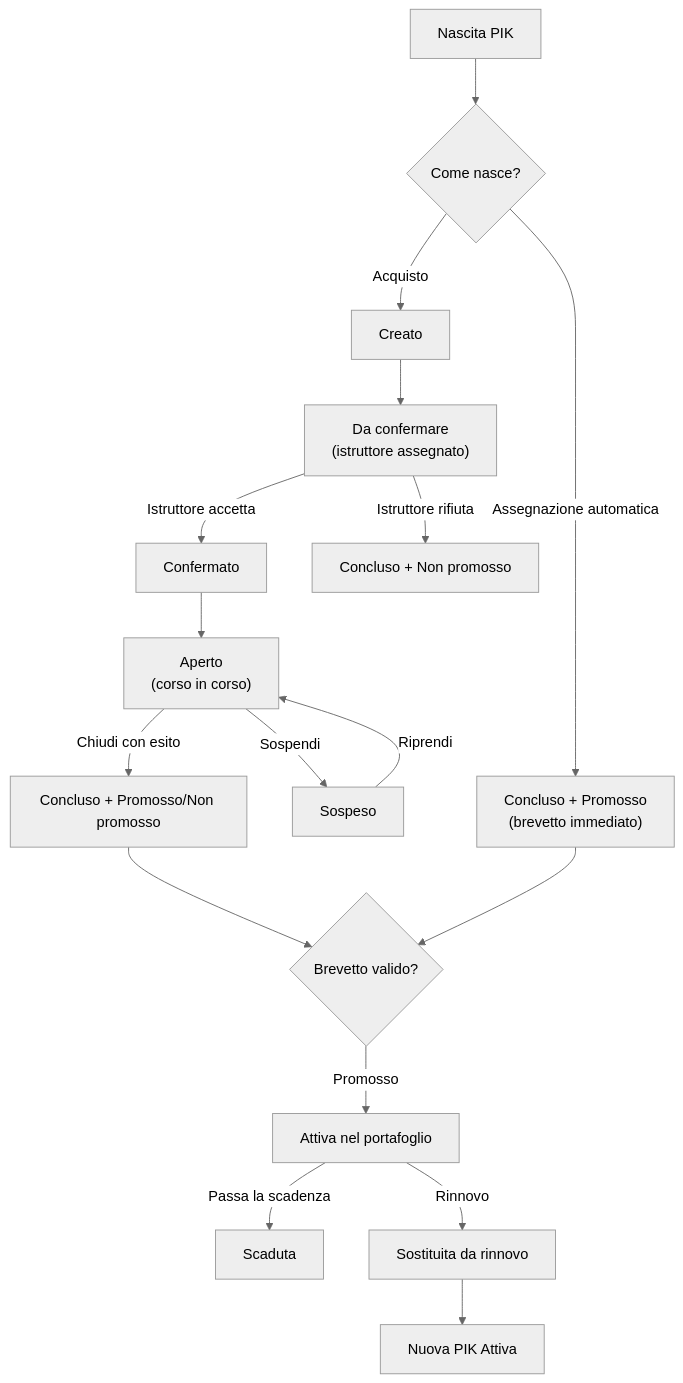
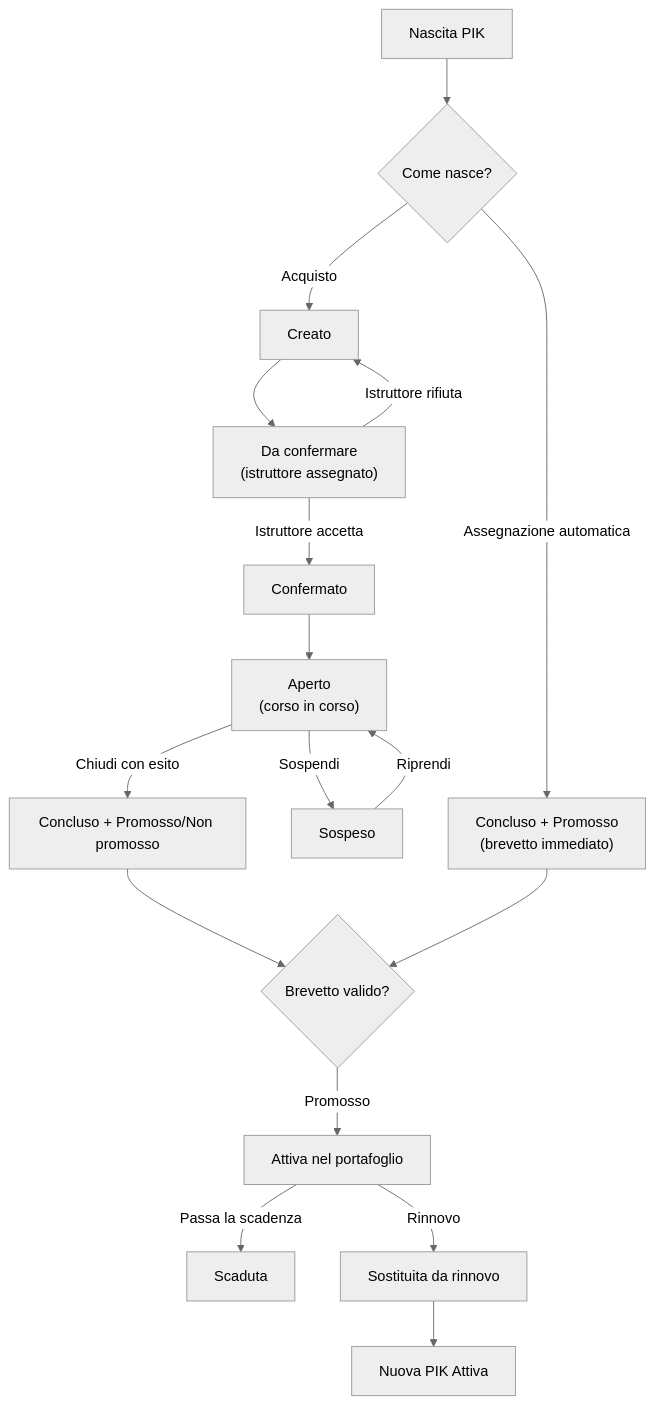
Before and after one commit to madara-agency/utrtek-docs: the first of 2 diagrams in concetti/ciclo-di-vita-pik.mdx, drawn with Mermaid (neutral theme). The commit also changed other lines of this file and 2 other files, not shown here.

First line of the commit message:
docs(pik): documenta acquisto sito con istruttore e centro

````diff
--- a/concetti/ciclo-di-vita-pik.mdx
+++ b/concetti/ciclo-di-vita-pik.mdx
@@ -38,21 +38,21 @@
 ```mermaid
 flowchart TD
     A["Nascita PIK"] --> B{"Come nasce?"}
     B -->|Acquisto| C["Creato"]
     B -->|Assegnazione automatica| Z["Concluso + Promosso<br/>(brevetto immediato)"]
 
     C --> D["Da confermare<br/>(istruttore assegnato)"]
     D -->|Istruttore accetta| E["Confermato"]
-    D -->|Istruttore rifiuta| R["Concluso + Non promosso"]
+    D -->|Istruttore rifiuta| C
     E --> F["Aperto<br/>(corso in corso)"]
     F -->|Sospendi| S["Sospeso"]
     S -->|Riprendi| F
     F -->|Chiudi con esito| G["Concluso + Promosso/Non promosso"]
 
     G --> H{"Brevetto valido?"}
     Z --> H
     H -->|Promosso| V["Attiva nel portafoglio"]
     V -->|"Passa la scadenza"| X["Scaduta"]
     V -->|Rinnovo| Y["Sostituita da rinnovo"]
     Y --> V2["Nuova PIK Attiva"]
 ```
````
